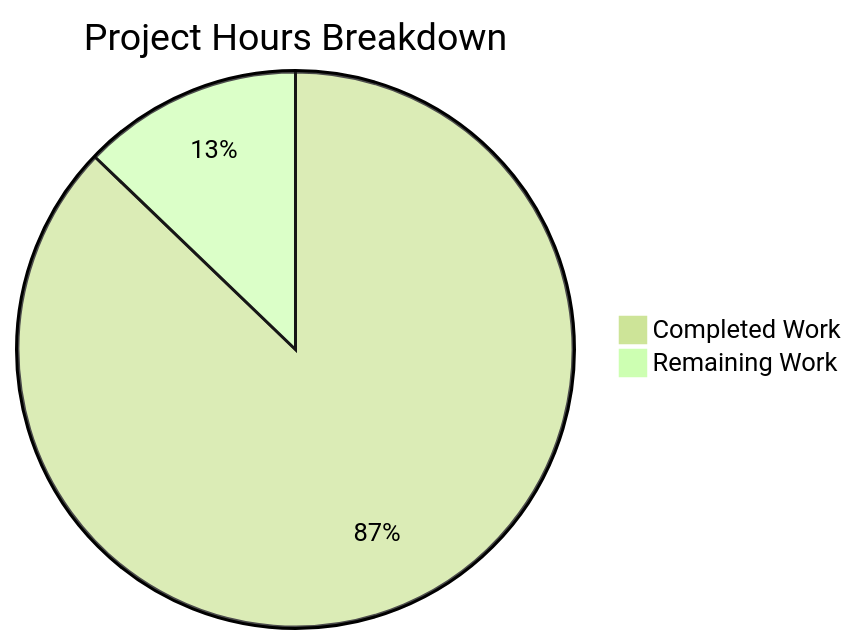
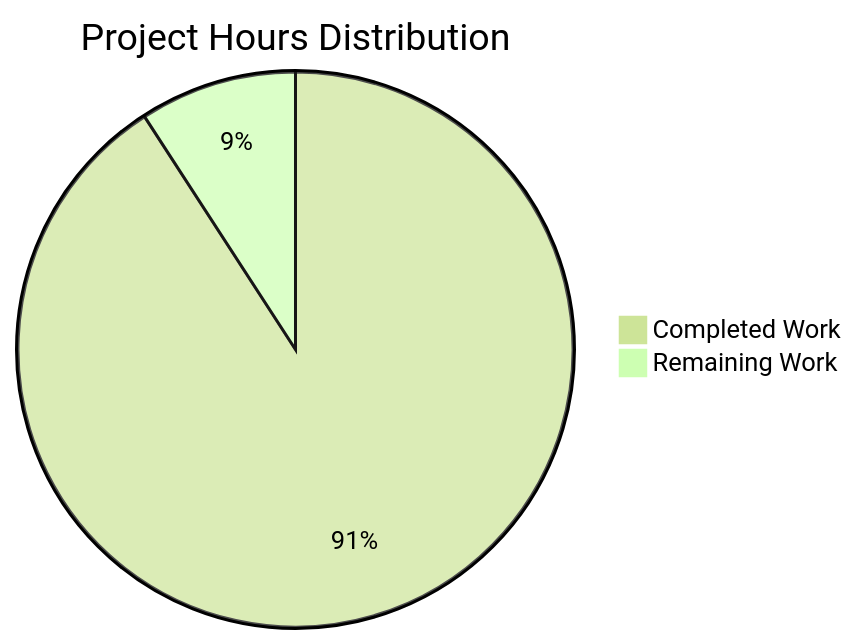
The diagram in blitzy/documentation/Project Guide.md (blitzy-public-samples/blitzy-WebVella-ERP), drawn with Mermaid (forest theme) before and after one commit. The commit also changed other lines of this file, not shown here.

Commit message:
Adding Blitzy Project Guide: Project Status and Human Tasks Remaining

````diff
--- a/blitzy/documentation/Project Guide.md
+++ b/blitzy/documentation/Project Guide.md
@@ -100,5 +24,5 @@
 ```mermaid
-pie title Project Hours Breakdown
-    "Completed Work" : 272
-    "Remaining Work" : 40
+pie title Project Hours Distribution
+    "Completed Work" : 268
+    "Remaining Work" : 27
 ```
````
